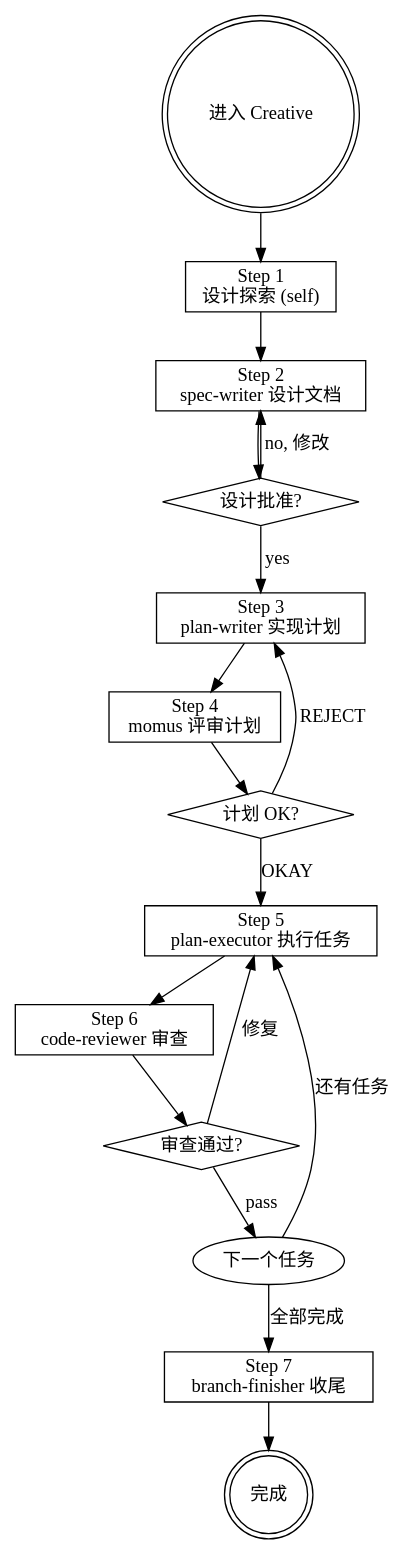
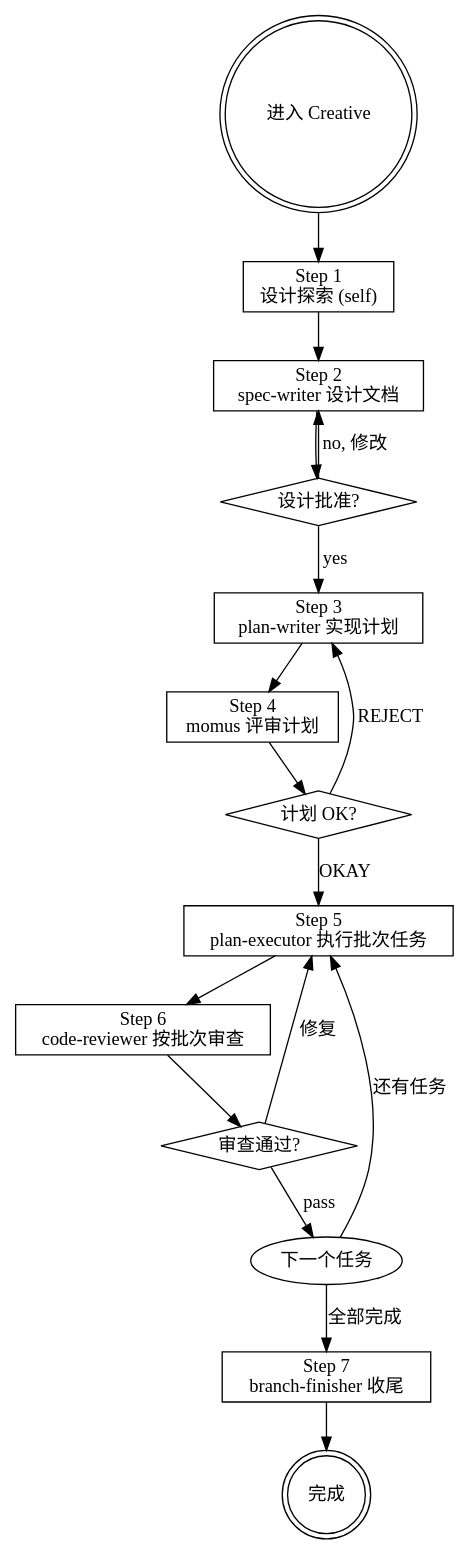
Before and after one commit to hsiang-lee/my_opencode: the diagram in agents/Creative.md, drawn with Graphviz. The commit also changed other lines of this file, not shown here.

First line of the commit message:
feat(flow): Creative 批次 dispatch 协议 + 抢救协议

````diff
--- a/agents/Creative.md
+++ b/agents/Creative.md
@@ -110,36 +110,36 @@
 ```dot
 digraph creative_flow {
     rankdir=TB;
     start [label="进入 Creative", shape=doublecircle];
     step1 [label="Step 1\n设计探索 (self)", shape=box];
     step2 [label="Step 2\nspec-writer 设计文档", shape=box];
     step3 [label="Step 3\nplan-writer 实现计划", shape=box];
     step4 [label="Step 4\nmomus 评审计划", shape=box];
-    step5 [label="Step 5\nplan-executor 执行任务", shape=box];
-    step6 [label="Step 6\ncode-reviewer 审查", shape=box];
+    step5 [label="Step 5\nplan-executor 执行批次任务", shape=box];
+    step6 [label="Step 6\ncode-reviewer 按批次审查", shape=box];
     step7 [label="Step 7\nbranch-finisher 收尾", shape=box];
 
     gate2 [label="设计批准?", shape=diamond];
     gate4 [label="计划 OK?", shape=diamond];
     gate6 [label="审查通过?", shape=diamond];
     loop [label="下一个任务", shape=ellipse];
     done [label="完成", shape=doublecircle];
 
     start -> step1;
     step1 -> step2;
     step2 -> gate2;
     gate2 -> step3 [label="yes"];
     gate2 -> step2 [label="no, 修改"];
     step3 -> step4;
     step4 -> gate4;
     gate4 -> step5 [label="OKAY"];
     gate4 -> step3 [label="REJECT"];
     step5 -> step6;
     step6 -> gate6;
     gate6 -> loop [label="pass"];
     gate6 -> step5 [label="修复"];
     loop -> step5 [label="还有任务"];
     loop -> step7 [label="全部完成"];
     step7 -> done;
 }
 ```
````
